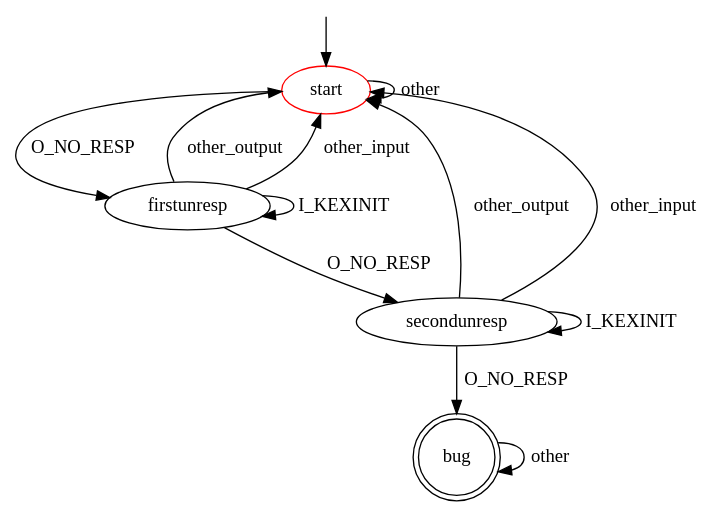
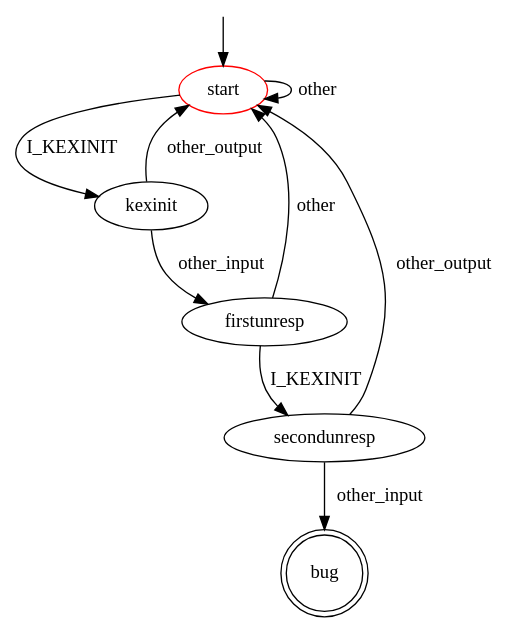
The diagram in src/main/resources/patterns/ssh/server/unresponsive_state.dot (assist-project/state-machine-bug-finder), drawn with Graphviz before and after one commit. The commit also changed 35 other files, not shown here.

```diff
--- a/src/main/resources/patterns/ssh/server/unresponsive_state.dot
+++ b/src/main/resources/patterns/ssh/server/unresponsive_state.dot
@@ -1,23 +1,20 @@
 digraph G {
 label=""
 start [color="red"]
 bug [shape="doublecircle"]
 
 start -> start [label="other"]
-start -> firstunresp [label="O_NO_RESP"]
+start -> kexinit [label="I_KEXINIT"] 
 
-firstunresp -> secondunresp [label="O_NO_RESP"]
-firstunresp -> start [label="other_output"]
-firstunresp -> firstunresp [label="I_KEXINIT"]
-firstunresp -> start [label="other_input"]
+kexinit -> start [label="other_output"]
+kexinit -> firstunresp [label="other_input"]
 
-secondunresp -> bug [label="O_NO_RESP"]
+firstunresp -> start [label="other"]
+firstunresp -> secondunresp [label="I_KEXINIT"]
+
 secondunresp -> start [label="other_output"]
-secondunresp -> secondunresp [label="I_KEXINIT"]
-secondunresp -> start [label="other_input"]
-
-bug -> bug [label="other"]
+secondunresp -> bug [label="other_input"]
 
 __start0 [label="" shape="none" width="0" height="0"];
 __start0 -> start;
 }
```
